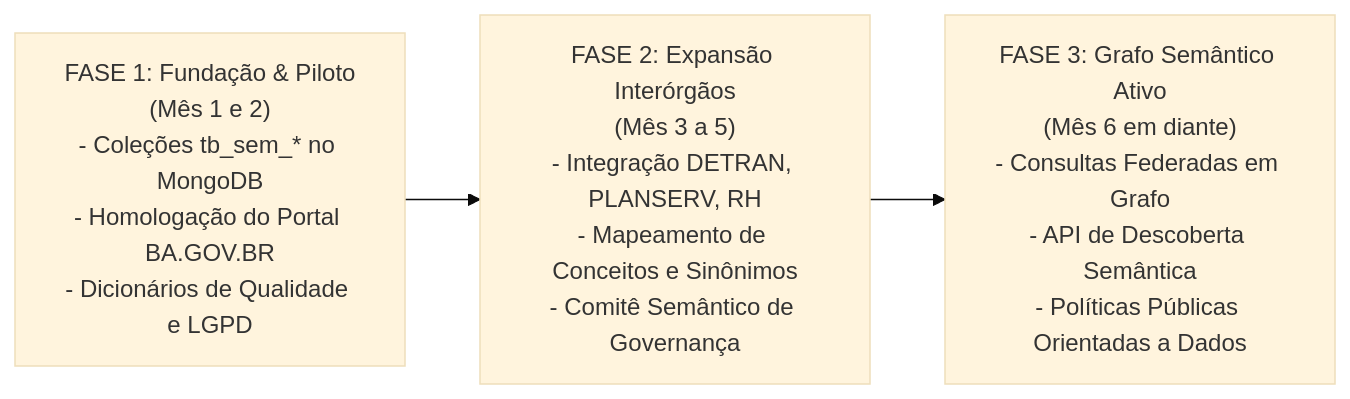
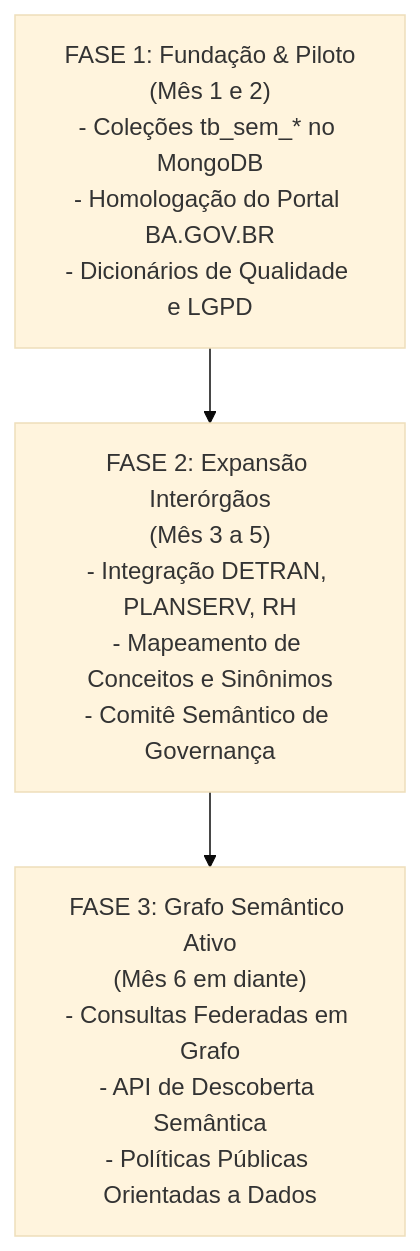
The second of 2 diagrams in modulos/governanca_dados/DOCUMENTO_CONSOLIDADO_GOVERNANCA_DADOS.md (jef-prodeb01/NINHO.03), drawn with Mermaid (base theme) before and after one commit. The commit also changed 4 other files, not shown here.

Commit message:
style(docs): ajusta diagramas Mermaid para orientacao vertical (graph TD) e largura da arvore no GitLab

````diff
--- a/modulos/governanca_dados/DOCUMENTO_CONSOLIDADO_GOVERNANCA_DADOS.md
+++ b/modulos/governanca_dados/DOCUMENTO_CONSOLIDADO_GOVERNANCA_DADOS.md
@@ -827,11 +827,11 @@
 ```mermaid
-graph LR
+graph TD
     F1["FASE 1: Fundação & Piloto<br/>(Mês 1 e 2)<br/>- Coleções tb_sem_* no MongoDB<br/>- Homologação do Portal BA.GOV.BR<br/>- Dicionários de Qualidade e LGPD"]
     
     F2["FASE 2: Expansão Interórgãos<br/>(Mês 3 a 5)<br/>- Integração DETRAN, PLANSERV, RH<br/>- Mapeamento de Conceitos e Sinônimos<br/>- Comitê Semântico de Governança"]
     
     F3["FASE 3: Grafo Semântico Ativo<br/>(Mês 6 em diante)<br/>- Consultas Federadas em Grafo<br/>- API de Descoberta Semântica<br/>- Políticas Públicas Orientadas a Dados"]
     
     F1 --> F2
     F2 --> F3
 ```
````
